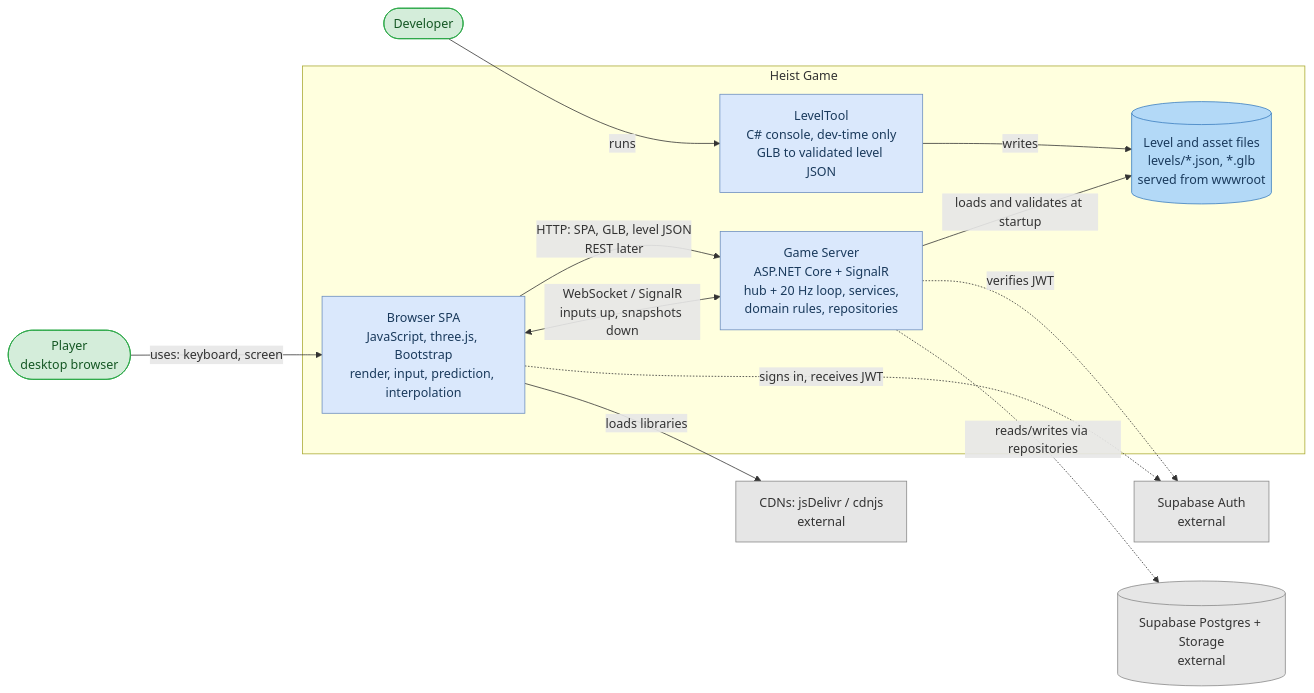
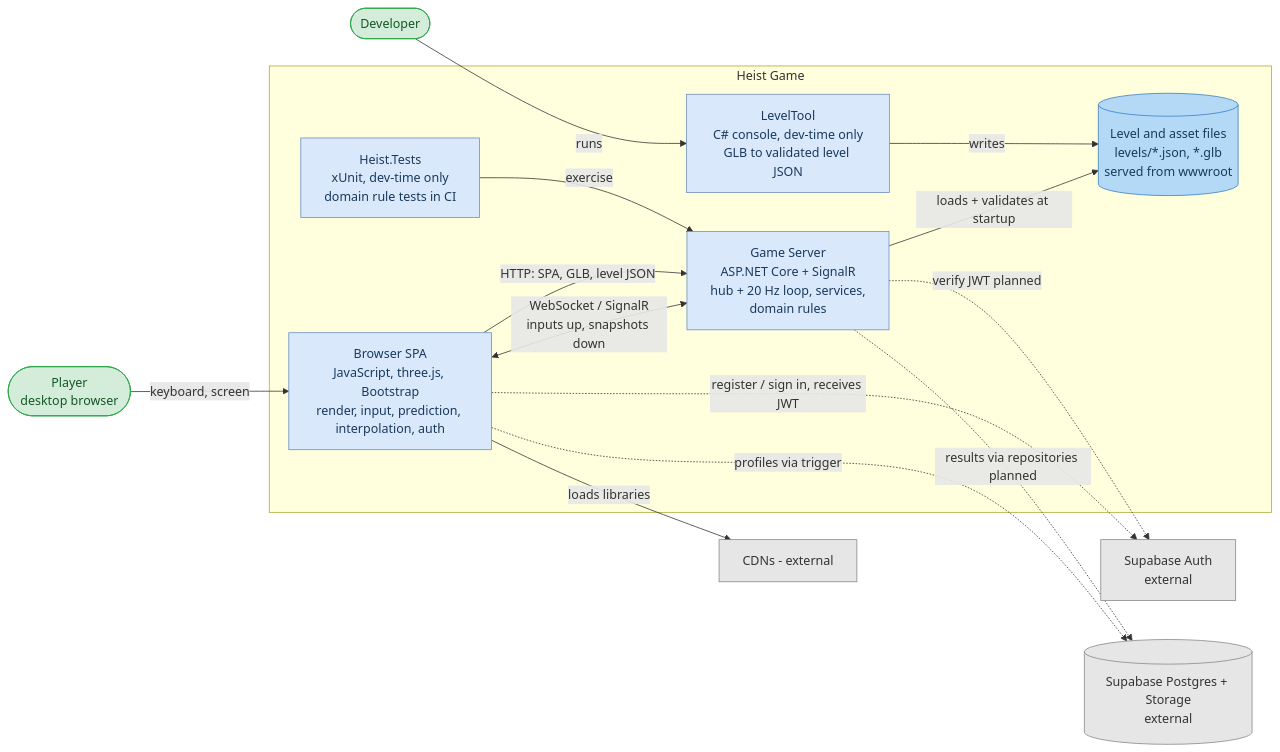
Before and after one commit to esway001/cen5064-project-swayne: the second of 4 diagrams in README.md, drawn with Mermaid. The commit also changed other lines of this file, not shown here.

First line of the commit message:
Enhance README with gameplay instructions and architecture details

````diff
--- a/README.md
+++ b/README.md
@@ -90,37 +105,40 @@
 ```mermaid
 flowchart LR
     player([Player<br/>desktop browser])
     dev([Developer])
  
     subgraph heist [Heist Game]
-        spa[Browser SPA<br/>JavaScript, three.js, Bootstrap<br/>render, input, prediction, interpolation]
-        server[Game Server<br/>ASP.NET Core + SignalR<br/>hub + 20 Hz loop, services,<br/>domain rules, repositories]
+        spa[Browser SPA<br/>JavaScript, three.js, Bootstrap<br/>render, input, prediction, interpolation, auth]
+        server[Game Server<br/>ASP.NET Core + SignalR<br/>hub + 20 Hz loop, services,<br/>domain rules]
         files[(Level and asset files<br/>levels/*.json, *.glb<br/>served from wwwroot)]
         tool[LevelTool<br/>C# console, dev-time only<br/>GLB to validated level JSON]
+        tests[Heist.Tests<br/>xUnit, dev-time only<br/>domain rule tests in CI]
     end
  
     supaAuth[Supabase Auth<br/>external]
     supaDb[(Supabase Postgres + Storage<br/>external)]
-    cdn[CDNs: jsDelivr / cdnjs<br/>external]
+    cdn[CDNs - external]
  
-    player -->|uses: keyboard, screen| spa
+    player -->|keyboard, screen| spa
     spa <-->|WebSocket / SignalR<br/>inputs up, snapshots down| server
-    spa -->|HTTP: SPA, GLB, level JSON<br/>REST later| server
-    server -->|loads and validates at startup| files
+    spa -->|HTTP: SPA, GLB, level JSON| server
+    server -->|loads + validates at startup| files
     tool -->|writes| files
     dev -->|runs| tool
+    tests -->|exercise| server
     spa -->|loads libraries| cdn
-    spa -.->|signs in, receives JWT| supaAuth
-    server -.->|verifies JWT| supaAuth
-    server -.->|reads/writes via repositories| supaDb
+    spa -.->|register / sign in, receives JWT| supaAuth
+    spa -.->|profiles via trigger| supaDb
+    server -.->|verify JWT planned| supaAuth
+    server -.->|results via repositories planned| supaDb
  
     classDef person fill:#d4edda,stroke:#28a745,color:#155724
     classDef container fill:#dae8fc,stroke:#6c8ebf,color:#1a3a5c
     classDef store fill:#b3d9f7,stroke:#3a7ebf,color:#1a3a5c
     classDef external fill:#e6e6e6,stroke:#888888,color:#333333
  
     class player,dev person
-    class spa,server,tool container
+    class spa,server,tool,tests container
     class files store
     class supaAuth,supaDb,cdn external
 ```
````
